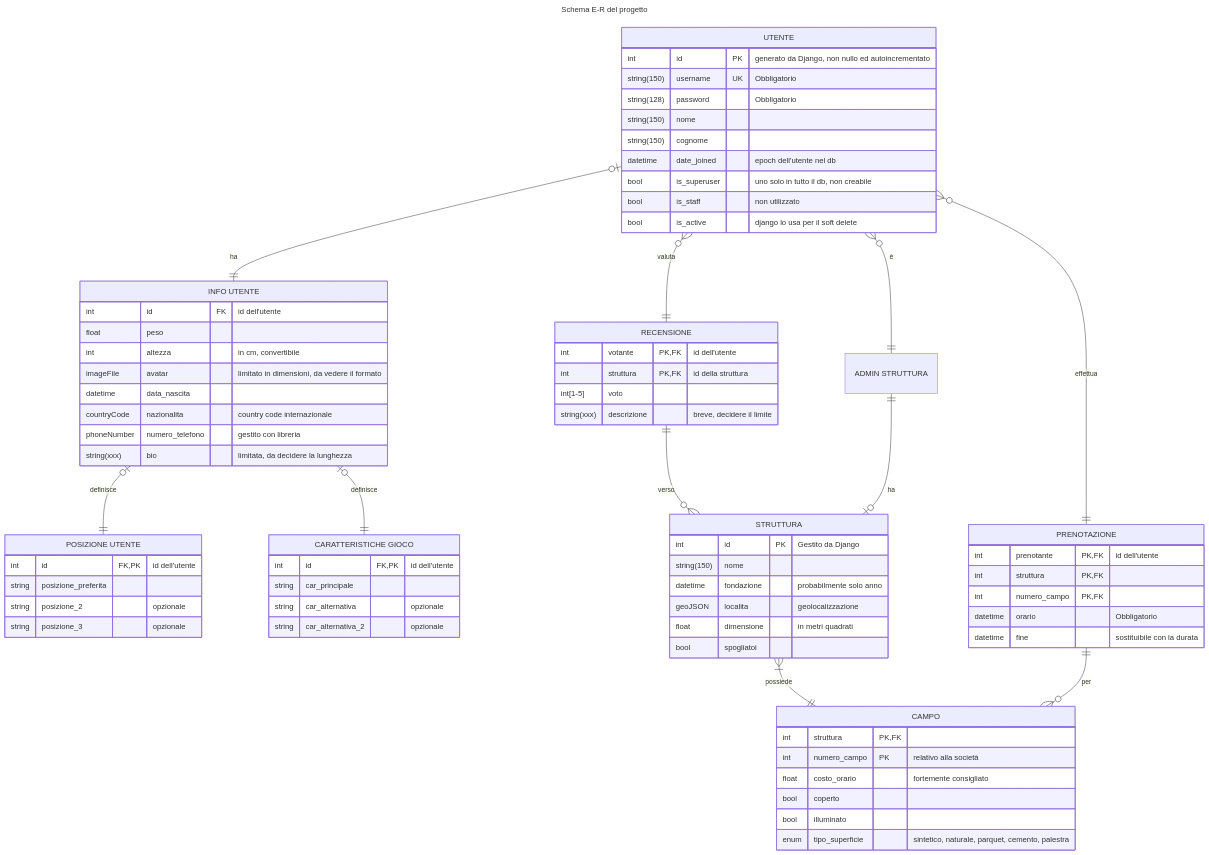
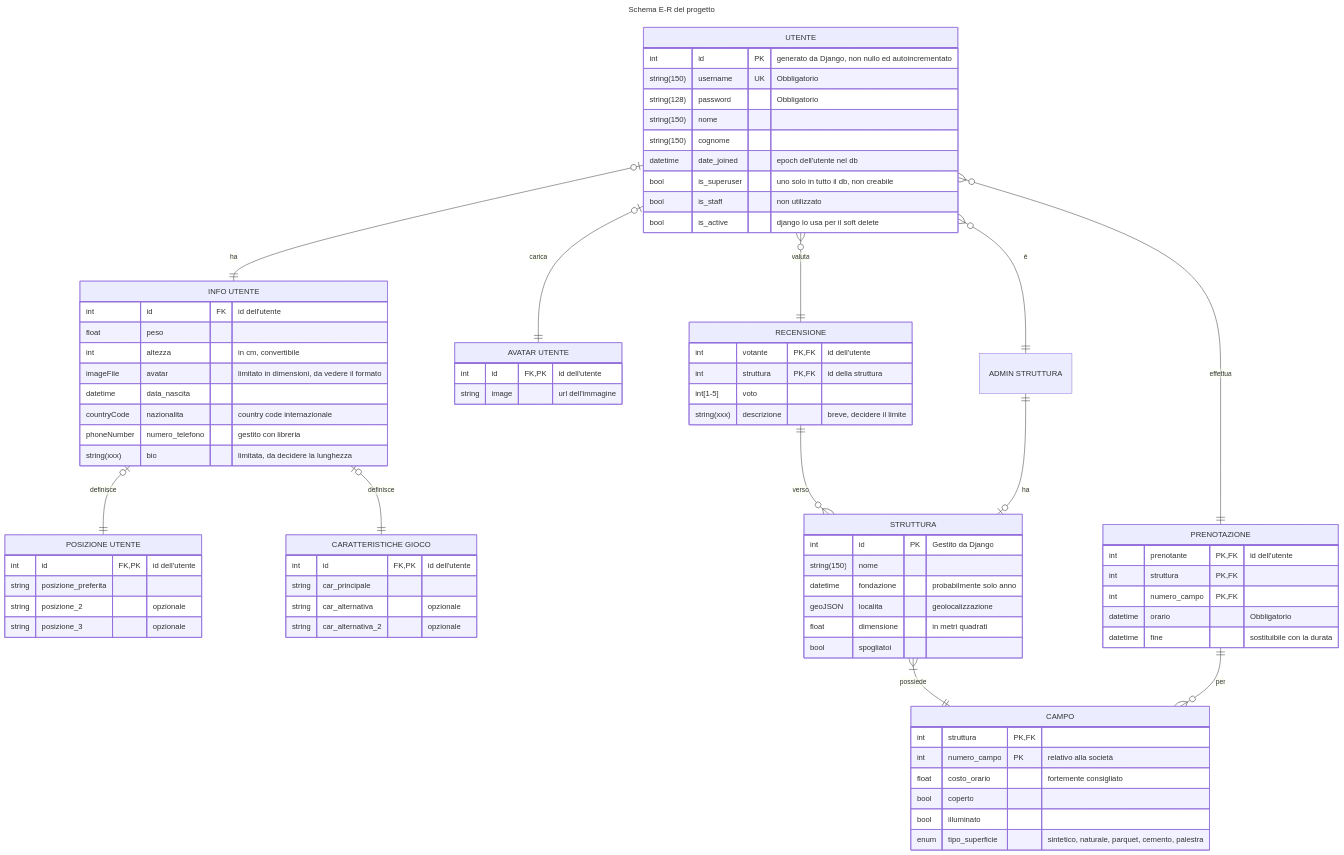
The diagram in docs/schemi.mmd (bergonzinifrancesco/backendTC), drawn with Mermaid before and after one commit. The commit also changed 15 other files, not shown here.

```diff
--- a/docs/schemi.mmd
+++ b/docs/schemi.mmd
@@ -1,90 +1,97 @@
 ---
 title: Schema E-R del progetto
 ---
 erDiagram
     UTENTE {
         int id PK "generato da Django, non nullo ed autoincrementato"
         string(150) username UK "Obbligatorio"
         string(128) password "Obbligatorio"
         string(150) nome
         string(150) cognome
         datetime date_joined "epoch dell'utente nel db"
         bool is_superuser "uno solo in tutto il db, non creabile"
         bool is_staff "non utilizzato" 
         bool is_active "django lo usa per il soft delete"
     }
 
     UTENTE o|--|| "INFO UTENTE" : "ha"
 
     "INFO UTENTE" {
         int id FK "id dell'utente"
         float peso
         int altezza "in cm, convertibile"
         imageFile avatar "limitato in dimensioni, da vedere il formato"
         datetime data_nascita
         countryCode nazionalita "country code internazionale"
         phoneNumber numero_telefono "gestito con libreria"
         string(xxx) bio "limitata, da decidere la lunghezza"
     }
     
+    UTENTE o|--|| "AVATAR UTENTE" : "carica"
+
+    "AVATAR UTENTE" {
+        int id FK,PK "id dell'utente"
+        string image "url dell'immagine"
+    }
+
     "INFO UTENTE" o|--|| "POSIZIONE UTENTE" : "definisce"
 
     "POSIZIONE UTENTE" {
         int id FK,PK "id dell'utente"
         string posizione_preferita
         string posizione_2 "opzionale"
         string posizione_3 "opzionale"
     }
 
     "INFO UTENTE" o|--|| "CARATTERISTICHE GIOCO" : "definisce"
 
     "CARATTERISTICHE GIOCO" {
         int id FK,PK "id dell'utente"
         string car_principale
         string car_alternativa "opzionale"
         string car_alternativa_2 "opzionale"
     }
 
     STRUTTURA {
         int id PK "Gestito da Django"
         string(150) nome
         datetime fondazione "probabilmente solo anno"
         geoJSON localita "geolocalizzazione"
         float dimensione "in metri quadrati"
         bool spogliatoi
     }
 
     STRUTTURA |{--|| CAMPO : "possiede"
 
     CAMPO {
         int struttura PK, FK
         int numero_campo PK "relativo alla società"
         float costo_orario "fortemente consigliato"
         bool coperto
         bool illuminato
         enum tipo_superficie "sintetico, naturale, parquet, cemento, palestra"
     }
 
     PRENOTAZIONE ||--}o CAMPO : "per"
     UTENTE o{--|| PRENOTAZIONE : "effettua"
 
     PRENOTAZIONE {
         int prenotante PK,FK "id dell'utente"
         int struttura PK,FK
         int numero_campo PK,FK
         datetime orario "Obbligatorio"
         datetime fine "sostituibile con la durata"
     }
 
     UTENTE o{--|| RECENSIONE : "valuta"
     RECENSIONE ||--}o STRUTTURA : "verso"
 
     RECENSIONE {
         int votante PK,FK "id dell'utente"
         int struttura PK,FK "id della struttura"
         int[1-5] voto
         string(xxx) descrizione "breve, decidere il limite"
     }
 
     UTENTE o{--|| "ADMIN STRUTTURA" : "è"
     "ADMIN STRUTTURA" ||--o| STRUTTURA : "ha"
```
